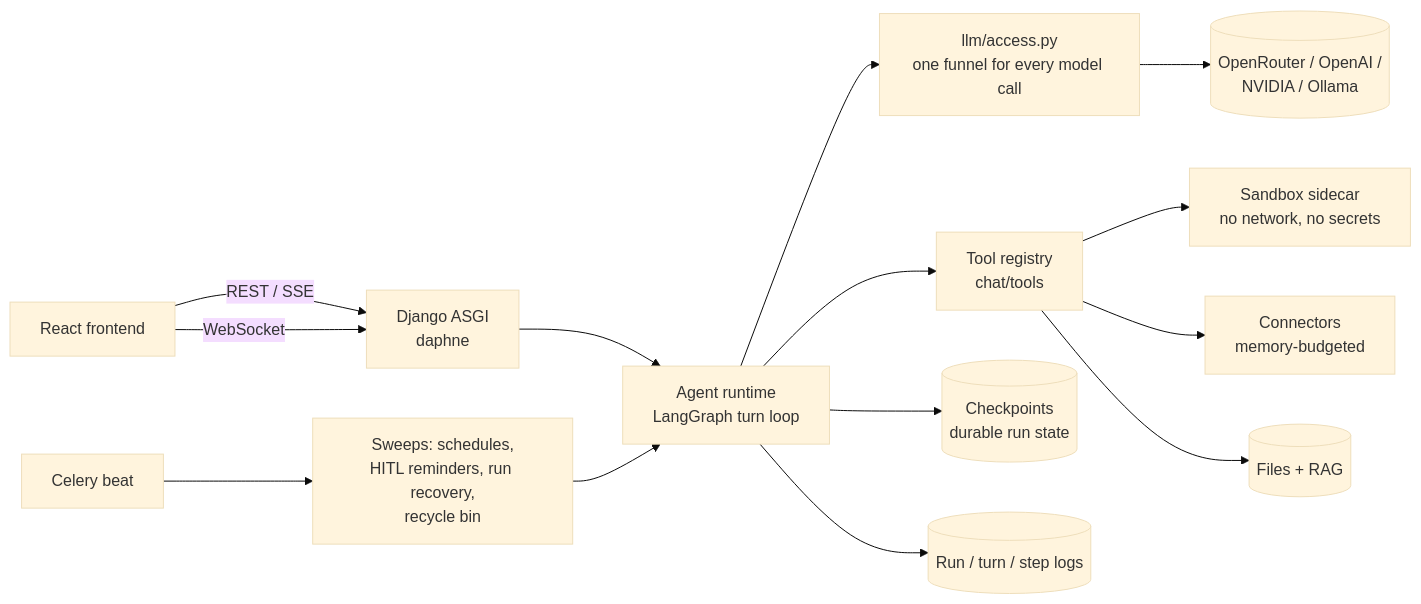
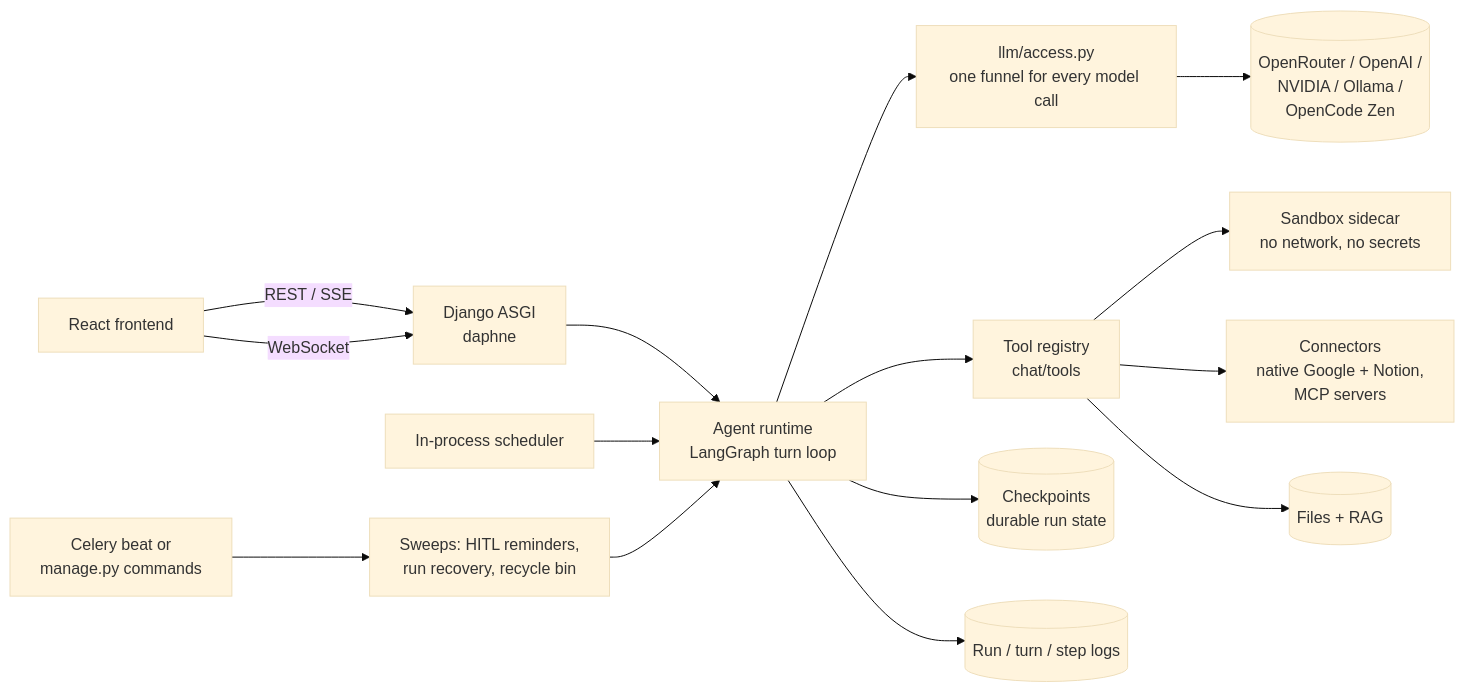
One commit to KaushalJainAI/AIAAS_Backend changed the diagram in README.md. Above: the diagram before and after it, drawn with Mermaid (base theme). The commit also changed other lines of this file and 101 other files, not shown here.

````diff
--- a/README.md
+++ b/README.md
@@ -38,16 +39,17 @@
 ```mermaid
 flowchart LR
     UI[React frontend] -- REST / SSE --> API[Django ASGI<br/>daphne]
     UI -- WebSocket --> API
     API --> RT[Agent runtime<br/>LangGraph turn loop]
     RT --> LLM[llm/access.py<br/>one funnel for every model call]
-    LLM --> P[(OpenRouter / OpenAI /<br/>NVIDIA / Ollama)]
+    LLM --> P[(OpenRouter / OpenAI /<br/>NVIDIA / Ollama /<br/>OpenCode Zen)]
     RT --> T[Tool registry<br/>chat/tools]
     T --> SB[Sandbox sidecar<br/>no network, no secrets]
-    T --> MCP[Connectors<br/>memory-budgeted]
+    T --> MCP[Connectors<br/>native Google + Notion,<br/>MCP servers]
     T --> KB[(Files + RAG)]
     RT --> CK[(Checkpoints<br/>durable run state)]
     RT --> LOG[(Run / turn / step logs)]
-    BEAT[Celery beat] --> SW[Sweeps: schedules,<br/>HITL reminders, run recovery,<br/>recycle bin]
+    SCH[In-process scheduler] --> RT
+    BEAT[Celery beat or<br/>manage.py commands] --> SW[Sweeps: HITL reminders,<br/>run recovery, recycle bin]
     SW --> RT
 ```
````
